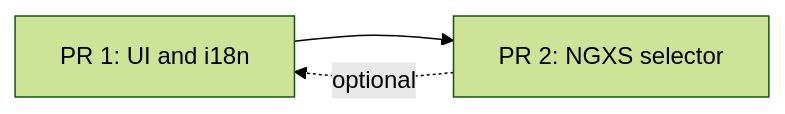
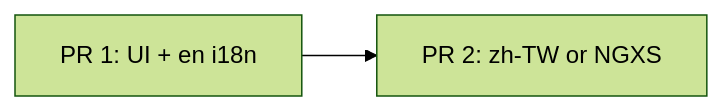
Before and after one commit to Fangtsailo/adam_auto_skills: the second of 2 diagrams in skills/write-implementation-plan/reference-detailed.md, drawn with Mermaid (forest theme). The commit also changed other lines of this file and 4 other files, not shown here.

````diff
--- a/skills/write-implementation-plan/reference-detailed.md
+++ b/skills/write-implementation-plan/reference-detailed.md
@@ -126,5 +131,4 @@
 ```mermaid
 flowchart LR
-    R1[PR 1: UI and i18n] --> R2[PR 2: NGXS selector]
-    R2 -.optional.-> R1
+    R1[PR 1: UI + en i18n] --> R2[PR 2: zh-TW or NGXS]
 ```
````
